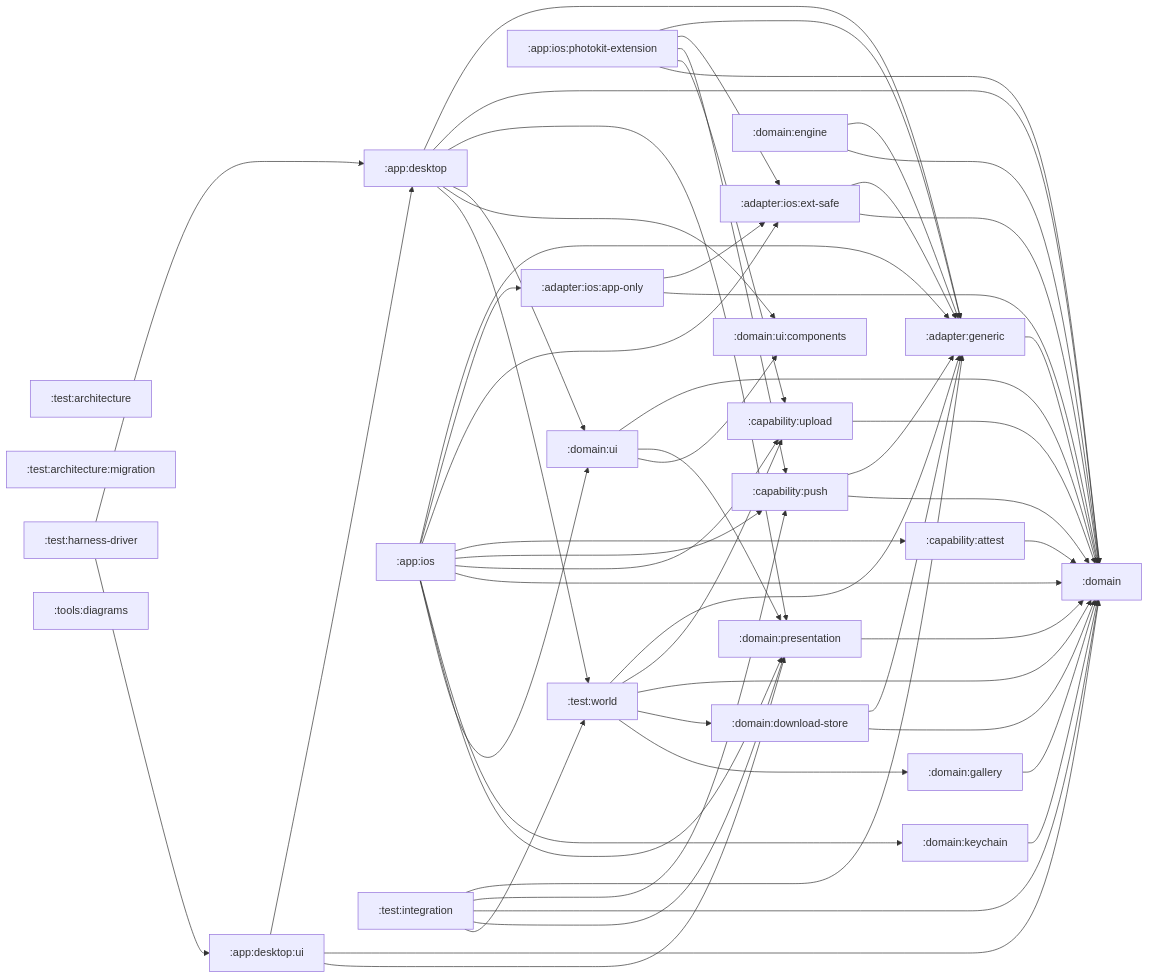
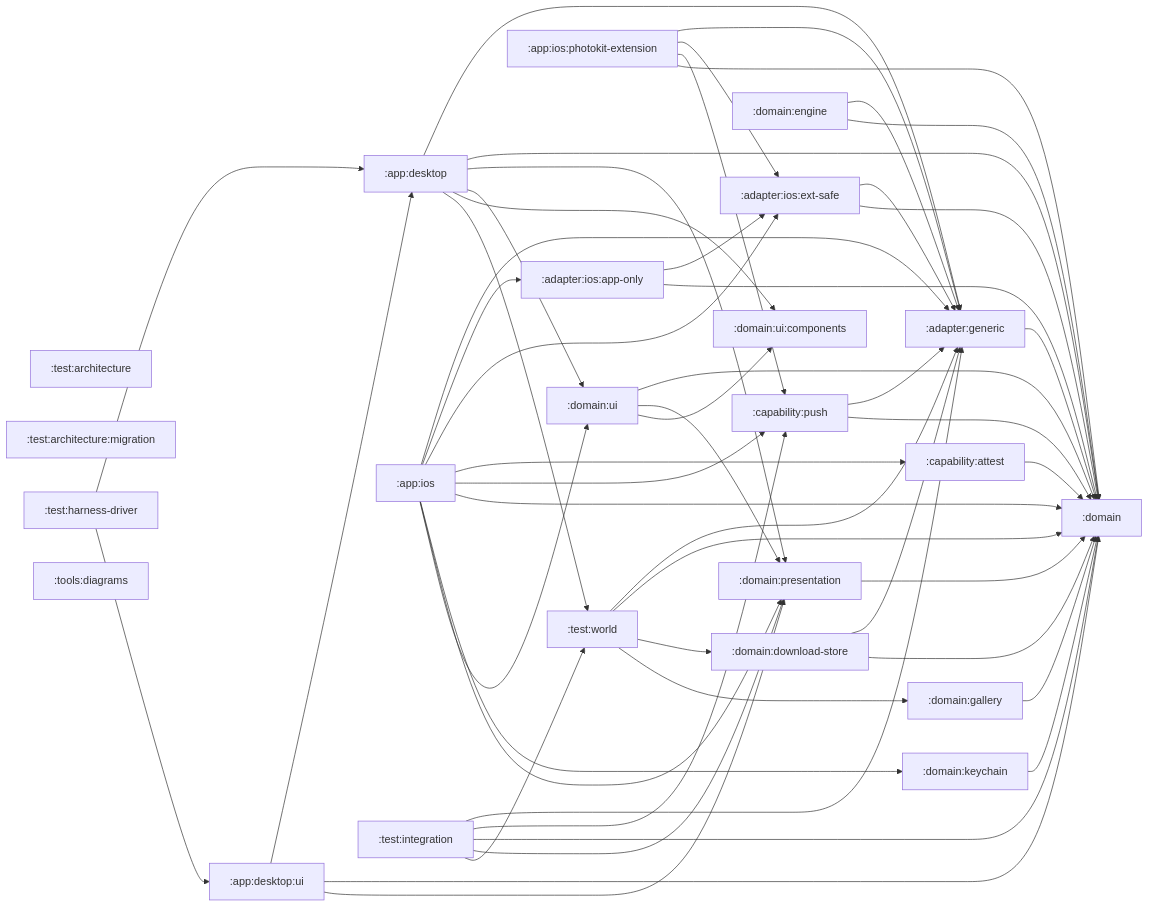
Before and after one commit to stefanhoelzl/SnapSync: the diagram in architecture/modules.md, drawn with Mermaid. The commit also changed 31 other files, not shown here.

````diff
--- a/architecture/modules.md
+++ b/architecture/modules.md
@@ -7,82 +7,77 @@
 ```mermaid
 flowchart LR
   adapter_generic[":adapter:generic"]
   adapter_ios_app_only[":adapter:ios:app-only"]
   adapter_ios_ext_safe[":adapter:ios:ext-safe"]
   app_desktop[":app:desktop"]
   app_desktop_ui[":app:desktop:ui"]
   app_ios[":app:ios"]
   app_ios_photokit_extension[":app:ios:photokit-extension"]
   capability_attest[":capability:attest"]
   capability_push[":capability:push"]
-  capability_upload[":capability:upload"]
   domain[":domain"]
   domain_download_store[":domain:download-store"]
   domain_engine[":domain:engine"]
   domain_gallery[":domain:gallery"]
   domain_keychain[":domain:keychain"]
   domain_presentation[":domain:presentation"]
   domain_ui[":domain:ui"]
   domain_ui_components[":domain:ui:components"]
   test_architecture[":test:architecture"]
   test_architecture_migration[":test:architecture:migration"]
   test_harness_driver[":test:harness-driver"]
   test_integration[":test:integration"]
   test_world[":test:world"]
   tools_diagrams[":tools:diagrams"]
   adapter_generic --> domain
   adapter_ios_app_only --> adapter_ios_ext_safe
   adapter_ios_app_only --> domain
   adapter_ios_ext_safe --> adapter_generic
   adapter_ios_ext_safe --> domain
   app_desktop --> adapter_generic
   app_desktop --> domain
   app_desktop --> domain_presentation
   app_desktop --> domain_ui
   app_desktop --> domain_ui_components
   app_desktop --> test_world
   app_desktop_ui --> app_desktop
   app_desktop_ui --> domain
   app_desktop_ui --> domain_presentation
   app_ios --> adapter_generic
   app_ios --> adapter_ios_app_only
   app_ios --> adapter_ios_ext_safe
   app_ios --> capability_attest
   app_ios --> capability_push
-  app_ios --> capability_upload
   app_ios --> domain
   app_ios --> domain_keychain
   app_ios --> domain_presentation
   app_ios --> domain_ui
   app_ios_photokit_extension --> adapter_generic
   app_ios_photokit_extension --> adapter_ios_ext_safe
   app_ios_photokit_extension --> capability_push
-  app_ios_photokit_extension --> capability_upload
   app_ios_photokit_extension --> domain
   capability_attest --> domain
   capability_push --> adapter_generic
   capability_push --> domain
-  capability_upload --> domain
   domain_download_store --> adapter_generic
   domain_download_store --> domain
   domain_engine --> adapter_generic
   domain_engine --> domain
   domain_gallery --> domain
   domain_keychain --> domain
   domain_presentation --> domain
   domain_ui --> domain
   domain_ui --> domain_presentation
   domain_ui --> domain_ui_components
   test_harness_driver --> app_desktop
   test_harness_driver --> app_desktop_ui
   test_integration --> adapter_generic
   test_integration --> capability_push
   test_integration --> domain
   test_integration --> domain_presentation
   test_integration --> test_world
   test_world --> adapter_generic
-  test_world --> capability_upload
   test_world --> domain
   test_world --> domain_download_store
   test_world --> domain_gallery
 ```
````
